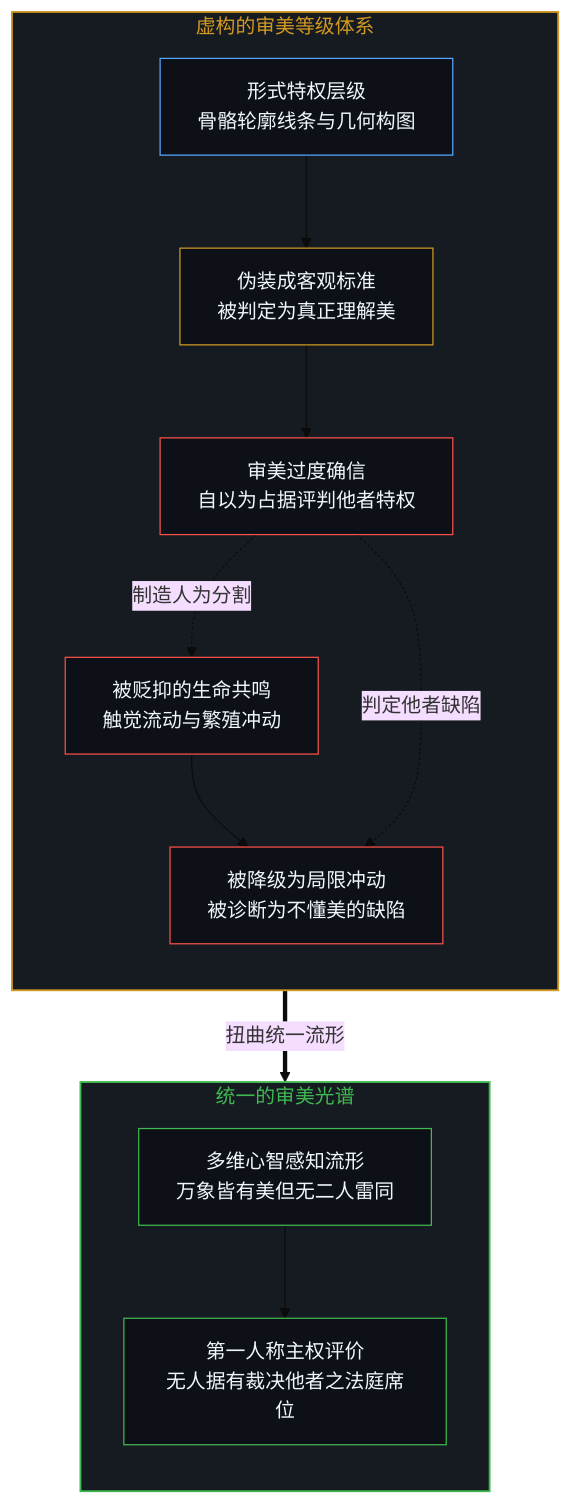
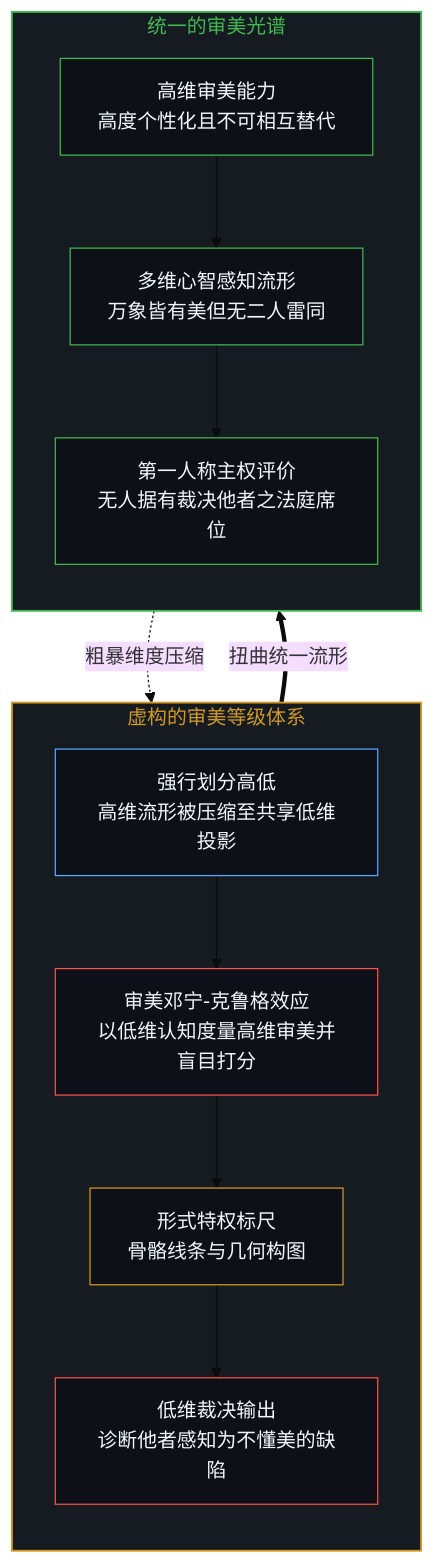
Before and after one commit to powerpig99/not-a-toe: the third of 8 diagrams in content/posts/the-self-portrait-in-the-projection.md, drawn with Mermaid (base theme). The commit also changed other lines of this file and 4 other files, not shown here.

````diff
--- a/content/posts/the-self-portrait-in-the-projection.md
+++ b/content/posts/the-self-portrait-in-the-projection.md
@@ -79,32 +79,31 @@
 ```mermaid
 flowchart TD
   subgraph S_HIER["虚构的审美等级体系"]
     direction TB
-    H_HIGH["形式特权层级<br/>骨骼轮廓线条与几何构图"]
-    H_DECREE["伪装成客观标准<br/>被判定为真正理解美"]
-    H_JUDGE["审美过度确信<br/>自以为占据评判他者特权"]
-    H_LOW["被贬抑的生命共鸣<br/>触觉流动与繁殖冲动"]
-    H_STIGMA["被降级为局限冲动<br/>被诊断为不懂美的缺陷"]
+    H_PROJ["强行划分高低<br/>高维流形被压缩至共享低维投影"]
+    H_DK["审美邓宁-克鲁格效应<br/>以低维认知度量高维审美并盲目打分"]
+    H_HIGH["形式特权标尺<br/>骨骼线条与几何构图"]
+    H_STIGMA["低维裁决输出<br/>诊断他者感知为不懂美的缺陷"]
   end
   subgraph S_LOCUS["统一的审美光谱"]
     direction TB
+    L_HIGH["高维审美能力<br/>高度个性化且不可相互替代"]
     L_FIELD["多维心智感知流形<br/>万象皆有美但无二人雷同"]
     L_SOV["第一人称主权评价<br/>无人据有裁决他者之法庭席位"]
   end
-  H_HIGH --> H_DECREE
-  H_DECREE --> H_JUDGE
-  H_LOW --> H_STIGMA
-  H_JUDGE -.->|"制造人为分割"| H_LOW
-  H_JUDGE -.->|"判定他者缺陷"| H_STIGMA
-  L_FIELD --> L_SOV
+  L_HIGH -.->|"粗暴维度压缩"| H_PROJ
+  H_PROJ --> H_DK
+  H_DK --> H_HIGH
+  H_HIGH --> H_STIGMA
+  L_HIGH --> L_FIELD --> L_SOV
   H_STIGMA ==>|"扭曲统一流形"| L_FIELD
   style S_HIER fill:#161b22,stroke:#d29922,stroke-width:1.5px,color:#d29922
   style S_LOCUS fill:#161b22,stroke:#3fb950,stroke-width:1.5px,color:#3fb950
-  style H_HIGH fill:#0d1117,stroke:#58a6ff,stroke-width:1px,color:#f0f6fc
-  style H_DECREE fill:#0d1117,stroke:#d29922,stroke-width:1px,color:#f0f6fc
-  style H_JUDGE fill:#0d1117,stroke:#f85149,stroke-width:1px,color:#f0f6fc
-  style H_LOW fill:#0d1117,stroke:#f85149,stroke-width:1px,color:#f0f6fc
+  style H_PROJ fill:#0d1117,stroke:#58a6ff,stroke-width:1px,color:#f0f6fc
+  style H_DK fill:#0d1117,stroke:#f85149,stroke-width:1px,color:#f0f6fc
+  style H_HIGH fill:#0d1117,stroke:#d29922,stroke-width:1px,color:#f0f6fc
   style H_STIGMA fill:#0d1117,stroke:#f85149,stroke-width:1px,color:#f0f6fc
+  style L_HIGH fill:#0d1117,stroke:#3fb950,stroke-width:1px,color:#f0f6fc
   style L_FIELD fill:#0d1117,stroke:#3fb950,stroke-width:1px,color:#f0f6fc
   style L_SOV fill:#0d1117,stroke:#3fb950,stroke-width:1px,color:#f0f6fc
 ```
````
